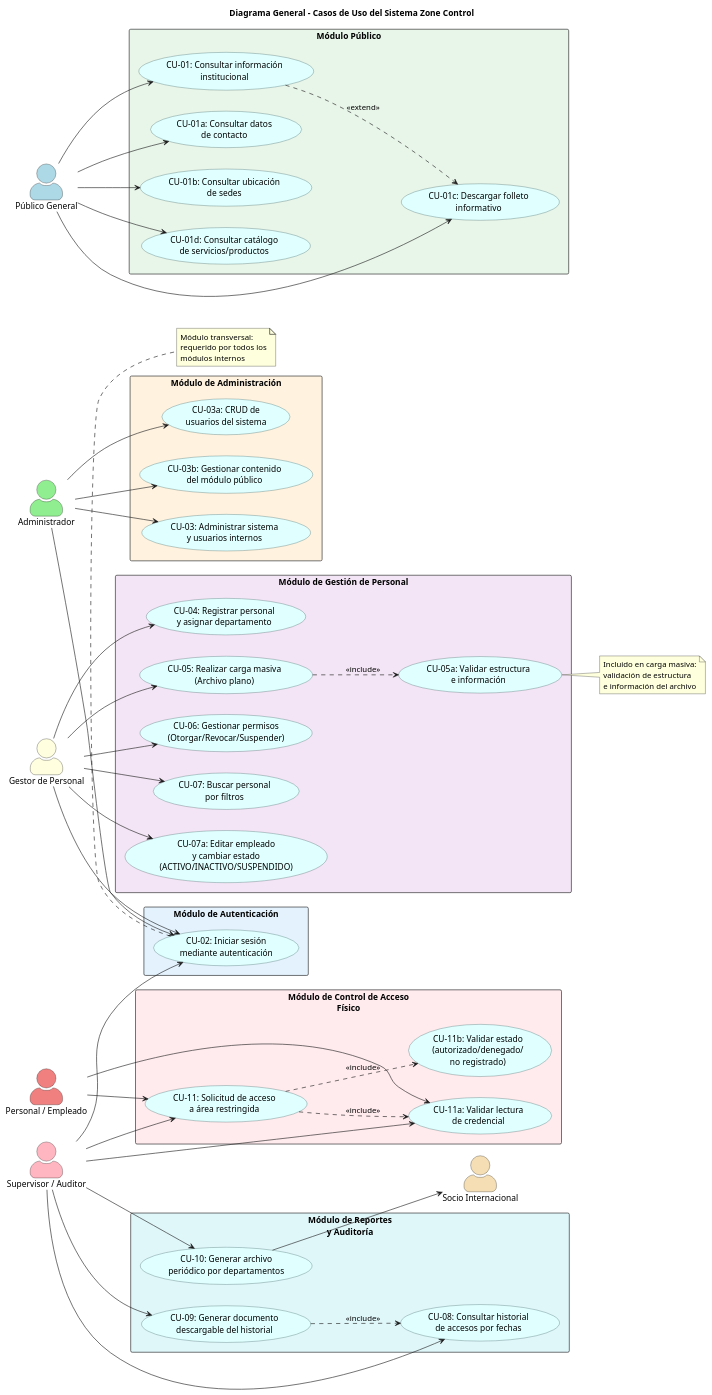
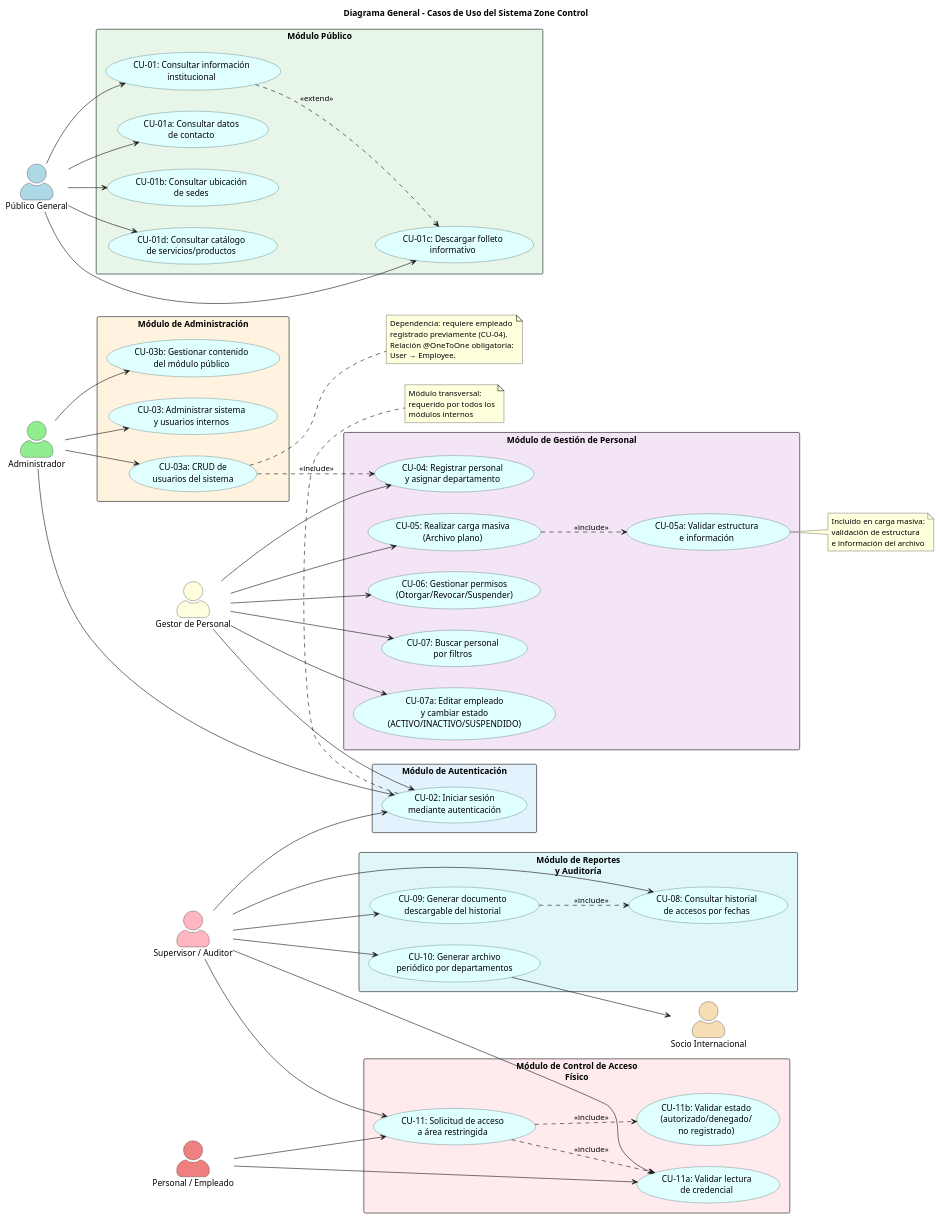
The diagram in docs/diagramas/casos_uso/00_diagrama_general.puml (ElianMMCode/Zone-Control), drawn with PlantUML before and after one commit. The commit also changed 4 other files, not shown here.

First line of the commit message:
docs(admin): document Employee→User dependency in diagrams and HU-05

```diff
--- a/docs/diagramas/casos_uso/00_diagrama_general.puml
+++ b/docs/diagramas/casos_uso/00_diagrama_general.puml
@@ -1,152 +1,160 @@
 @startuml
 title Diagrama General - Casos de Uso del Sistema Zone Control
 skinparam usecase {
   BackgroundColor LightCyan
   BorderColor DarkSlateGray
 }
 skinparam actorStyle awesome
 skinparam packageStyle rectangle
 left to right direction
 
 ' =============================================
 ' ACTORES
 ' =============================================
 
 actor "Público General" as Publico #LightBlue
 actor "Administrador" as Admin #LightGreen
 actor "Gestor de Personal" as Gestor #LightYellow
 actor "Supervisor / Auditor" as Supervisor #LightPink
 actor "Personal / Empleado" as Empleado #LightCoral
 actor "Socio Internacional" as Socio #Wheat
 
 ' =============================================
 ' MÓDULO PÚBLICO
 ' =============================================
 
 package "Módulo Público" #E8F5E9 {
   usecase "CU-01: Consultar información\ninstitucional" as UC01
   usecase "CU-01a: Consultar datos\nde contacto" as UC01a
   usecase "CU-01b: Consultar ubicación\nde sedes" as UC01b
   usecase "CU-01c: Descargar folleto\ninformativo" as UC01c
   usecase "CU-01d: Consultar catálogo\nde servicios/productos" as UC01d
 
   UC01 ..> UC01c : <<extend>>
 }
 
 ' =============================================
 ' MÓDULO DE AUTENTICACIÓN
 ' =============================================
 
 package "Módulo de Autenticación" #E3F2FD {
   usecase "CU-02: Iniciar sesión\nmediante autenticación" as UC02
 }
 
 ' =============================================
 ' MÓDULO DE ADMINISTRACIÓN
 ' =============================================
 
 package "Módulo de Administración" #FFF3E0 {
   usecase "CU-03: Administrar sistema\ny usuarios internos" as UC03
   usecase "CU-03a: CRUD de\nusuarios del sistema" as UC03a
   usecase "CU-03b: Gestionar contenido\ndel módulo público" as UC03b
 }
 
 ' =============================================
 ' MÓDULO DE GESTIÓN DE PERSONAL
 ' =============================================
 
 package "Módulo de Gestión de Personal" #F3E5F5 {
   usecase "CU-04: Registrar personal\ny asignar departamento" as UC04
   usecase "CU-05: Realizar carga masiva\n(Archivo plano)" as UC05
   usecase "CU-06: Gestionar permisos\n(Otorgar/Revocar/Suspender)" as UC06
   usecase "CU-07: Buscar personal\npor filtros" as UC07
   usecase "CU-07a: Editar empleado\ny cambiar estado\n(ACTIVO/INACTIVO/SUSPENDIDO)" as UC07a
   usecase "CU-05a: Validar estructura\ne información" as UC05a
 }
 
 ' =============================================
 ' MÓDULO DE CONTROL DE ACCESO
 ' =============================================
 
 package "Módulo de Control de Acceso\nFísico" #FFEBEE {
   usecase "CU-11: Solicitud de acceso\na área restringida" as UC11
   usecase "CU-11a: Validar lectura\nde credencial" as UC11a
   usecase "CU-11b: Validar estado\n(autorizado/denegado/\nno registrado)" as UC11b
 }
 
 ' =============================================
 ' MÓDULO DE REPORTES Y AUDITORÍA
 ' =============================================
 
 package "Módulo de Reportes\ny Auditoría" #E0F7FA {
   usecase "CU-08: Consultar historial\nde accesos por fechas" as UC08
   usecase "CU-09: Generar documento\ndescargable del historial" as UC09
   usecase "CU-10: Generar archivo\nperiódico por departamentos" as UC10
 }
 
 ' =============================================
 ' RELACIONES ACTORES → CASOS DE USO
 ' =============================================
 
 ' Público General
 Publico --> UC01
 Publico --> UC01a
 Publico --> UC01b
 Publico --> UC01c
 Publico --> UC01d
 
 ' Administrador
 Admin --> UC02
 Admin --> UC03
 Admin --> UC03a
 Admin --> UC03b
 
 ' Gestor de Personal
 Gestor --> UC02
 Gestor --> UC04
 Gestor --> UC05
 Gestor --> UC06
 Gestor --> UC07
 Gestor --> UC07a
 
 ' Supervisor / Auditor
 Supervisor --> UC02
 Supervisor --> UC08
 Supervisor --> UC09
 Supervisor --> UC10
 Supervisor --> UC11
 Supervisor --> UC11a
 
 ' Personal / Empleado
 Empleado --> UC11
 Empleado --> UC11a
 
 ' Socio Internacional (recibe archivo)
 UC10 --> Socio
 
 ' =============================================
 ' RELACIONES ENTRE CASOS DE USO
 ' =============================================
 
 UC05 ..> UC05a : <<include>>
 UC11 ..> UC11a : <<include>>
 UC11 ..> UC11b : <<include>>
 UC09 ..> UC08 : <<include>>
+UC03a ..> UC04 : <<include>>
 
 ' =============================================
 ' NOTAS
 ' =============================================
 
 note bottom of UC02
   Módulo transversal:
   requerido por todos los
   módulos internos
 end note
 
 note right of UC05a
   Incluido en carga masiva:
   validación de estructura
   e información del archivo
 end note
 
+note right of UC03a
+  Dependencia: requiere empleado
+  registrado previamente (CU-04).
+  Relación @OneToOne obligatoria:
+  User → Employee.
+end note
+
 @enduml
```
